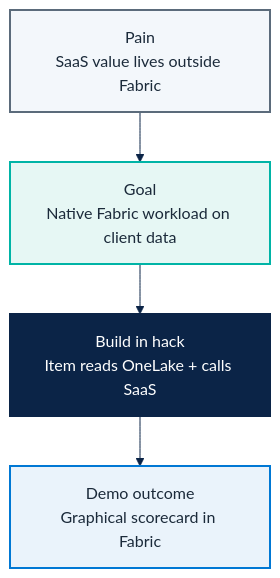
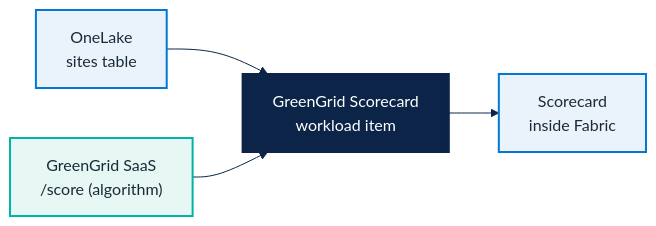
One commit to fredgis/FY27FabricMotion changed the diagram in docs/microhack-2-sdc-workloads-workbook.md. Above: the diagram before and after it, drawn with Mermaid. The commit also changed other lines of this file, not shown here.

````diff
--- a/docs/microhack-2-sdc-workloads-workbook.md
+++ b/docs/microhack-2-sdc-workloads-workbook.md
@@ -10,21 +29,13 @@
 ```mermaid
 %%{init: {'theme':'base','themeVariables':{
-  'primaryColor':'#E6F7F4',
-  'primaryTextColor':'#1B2A3A',
-  'primaryBorderColor':'#00B4A6',
-  'lineColor':'#0B2447',
-  'secondaryColor':'#EAF3FB'
-}}}%%
-flowchart TB
-    P["Pain<br/>SaaS value lives outside Fabric"] --> G["Goal<br/>Native Fabric workload on client data"]
-    G --> B["Build in hack<br/>Item reads OneLake + calls SaaS"]
-    B --> D["Demo outcome<br/>Graphical scorecard in Fabric"]
-    classDef p fill:#F3F7FB,stroke:#5B6B7B,color:#1B2A3A,stroke-width:2px;
-    classDef g fill:#E6F7F4,stroke:#00B4A6,color:#1B2A3A,stroke-width:2px;
-    classDef b fill:#0B2447,stroke:#0B2447,color:#FFFFFF,stroke-width:2px;
-    classDef d fill:#EAF3FB,stroke:#0078D4,color:#1B2A3A,stroke-width:2px;
-    class P p;
-    class G g;
-    class B b;
-    class D d;
+  'primaryColor':'#E6F7F4','primaryTextColor':'#1B2A3A',
+  'primaryBorderColor':'#00B4A6','lineColor':'#0B2447','secondaryColor':'#EAF3FB'}}}%%
+flowchart LR
+    O["OneLake<br/>sites table"] --> W["GreenGrid Scorecard<br/>workload item"]
+    SA["GreenGrid SaaS<br/>/score (algorithm)"] --> W
+    W --> R["Scorecard<br/>inside Fabric"]
+    classDef fab fill:#EAF3FB,stroke:#0078D4,color:#1B2A3A,stroke-width:2px;
+    classDef saas fill:#E6F7F4,stroke:#00B4A6,color:#1B2A3A,stroke-width:2px;
+    classDef out fill:#0B2447,stroke:#0B2447,color:#FFFFFF,stroke-width:2px;
+    class O,R fab; class SA saas; class W out;
 ```
````
